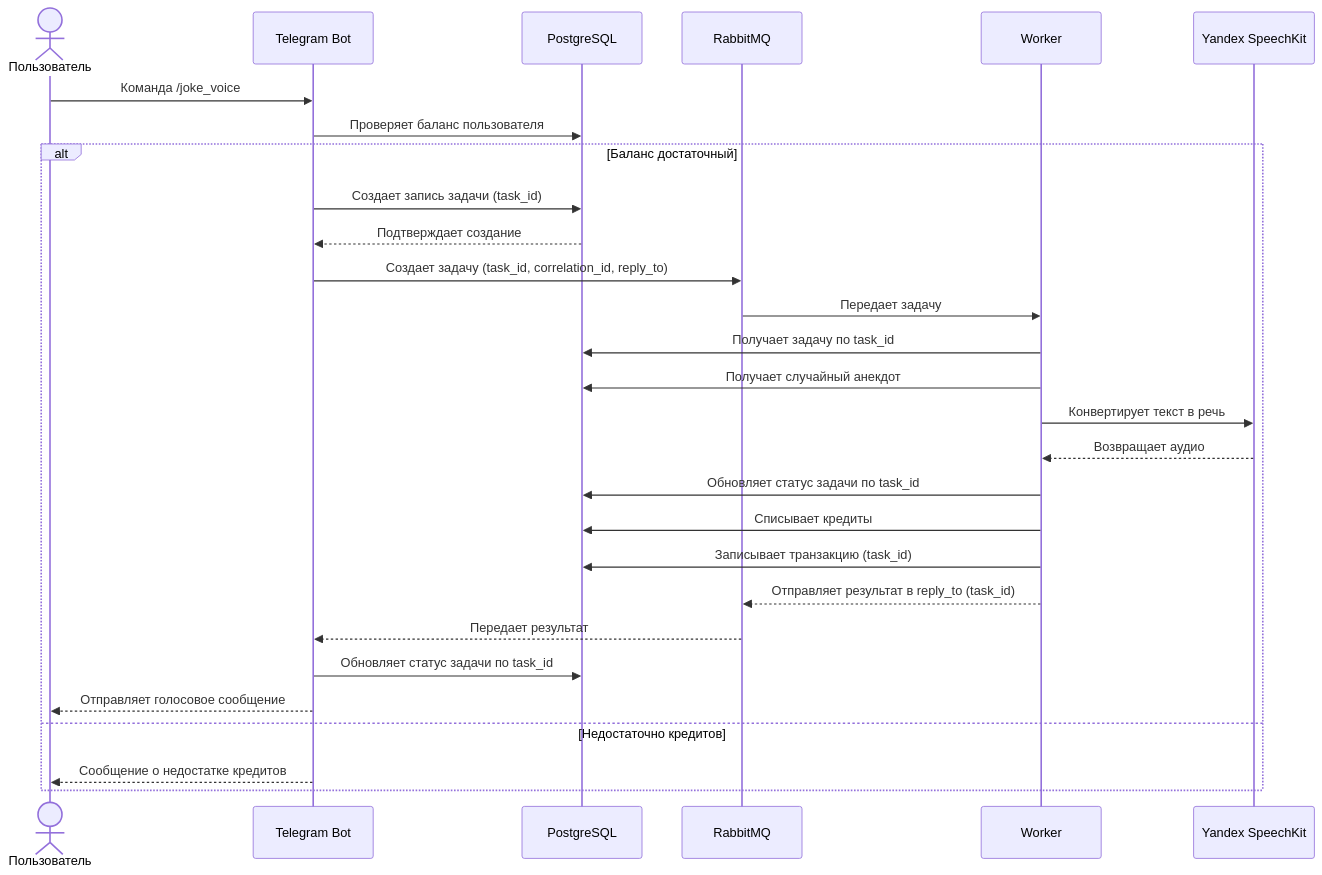
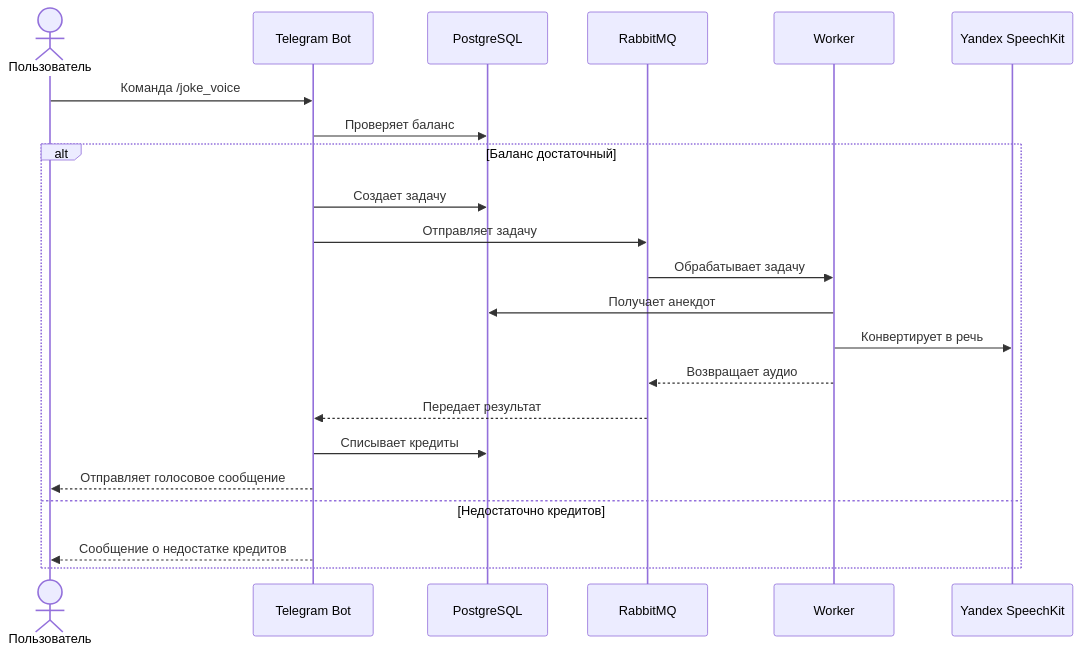
One commit to naumtsevalex/python_ml_billing_service changed the fourth of 6 diagrams in DETAILS.md. Above: the diagram before and after it, drawn with Mermaid. The commit also changed other lines of this file, not shown here.

````diff
--- a/DETAILS.md
+++ b/DETAILS.md
@@ -305,31 +290,25 @@
 ```mermaid
 sequenceDiagram
     actor User as Пользователь
     participant Bot as Telegram Bot
     participant DB as PostgreSQL
     participant RabbitMQ as RabbitMQ
     participant Worker as Worker
     participant TTS as Yandex SpeechKit
 
     User->>Bot: Команда /joke_voice
-    Bot->>DB: Проверяет баланс пользователя
+    Bot->>DB: Проверяет баланс
     alt Баланс достаточный
-        Bot->>DB: Создает запись задачи (task_id)
-        DB-->>Bot: Подтверждает создание
-        Bot->>RabbitMQ: Создает задачу (task_id, correlation_id, reply_to)
-        RabbitMQ->>Worker: Передает задачу
-        Worker->>DB: Получает задачу по task_id
-        Worker->>DB: Получает случайный анекдот
-        Worker->>TTS: Конвертирует текст в речь
-        TTS-->>Worker: Возвращает аудио
-        Worker->>DB: Обновляет статус задачи по task_id
-        Worker->>DB: Списывает кредиты
-        Worker->>DB: Записывает транзакцию (task_id)
-        Worker-->>RabbitMQ: Отправляет результат в reply_to (task_id)
+        Bot->>DB: Создает задачу
+        Bot->>RabbitMQ: Отправляет задачу
+        RabbitMQ->>Worker: Обрабатывает задачу
+        Worker->>DB: Получает анекдот
+        Worker->>TTS: Конвертирует в речь
+        Worker-->>RabbitMQ: Возвращает аудио
         RabbitMQ-->>Bot: Передает результат
-        Bot->>DB: Обновляет статус задачи по task_id
+        Bot->>DB: Списывает кредиты
         Bot-->>User: Отправляет голосовое сообщение
     else Недостаточно кредитов
         Bot-->>User: Сообщение о недостатке кредитов
     end
 ```
````
